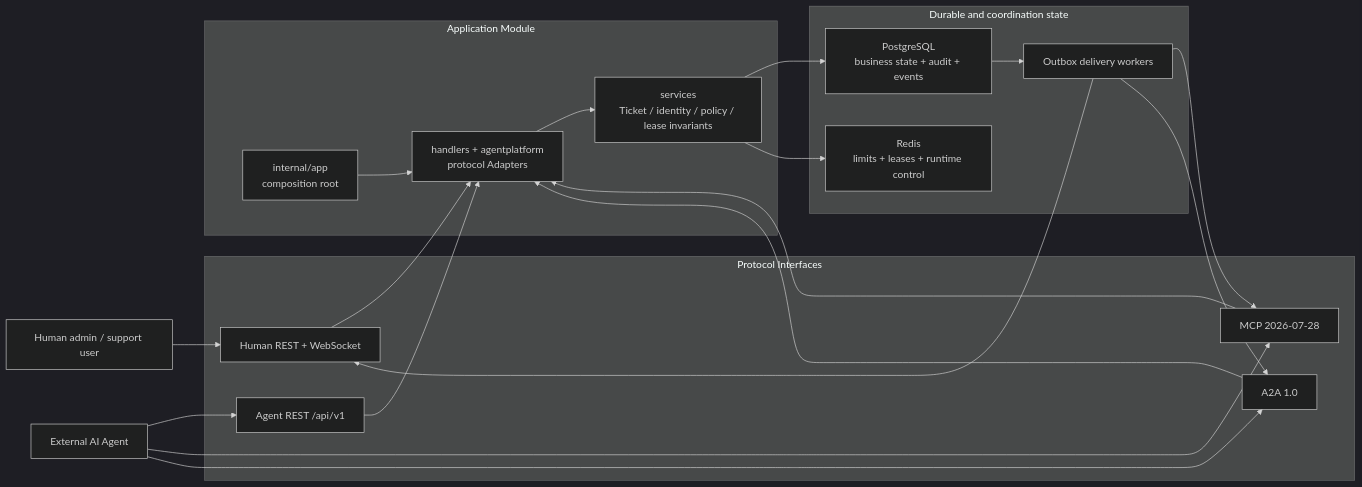
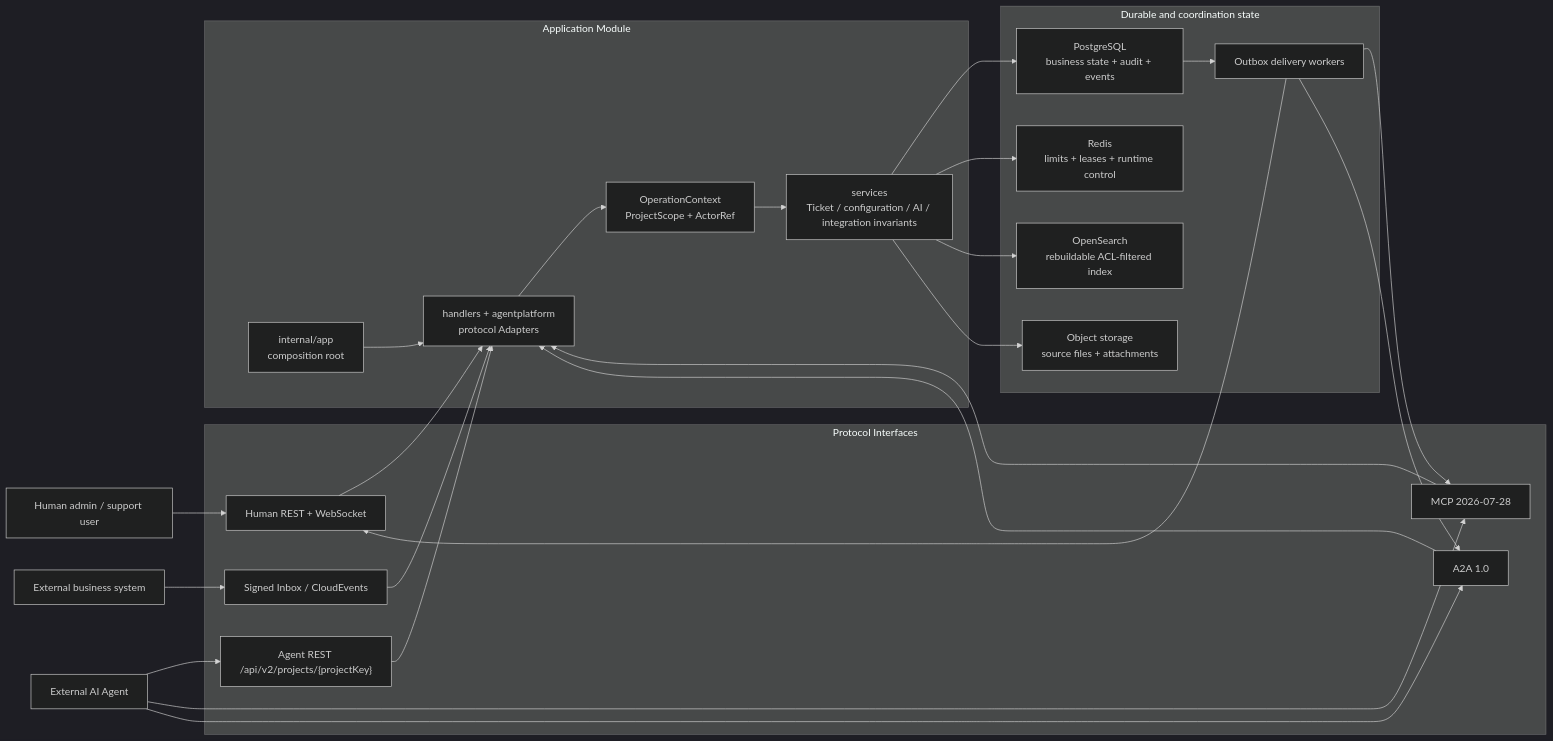
The diagram in ARCHITECTURE.md (seaworld008/chronodesk), drawn with Mermaid (dark theme) before and after one commit. The commit also changed other lines of this file and 360 other files, not shown here.

````diff
--- a/ARCHITECTURE.md
+++ b/ARCHITECTURE.md
@@ -11,41 +13,51 @@
 ```mermaid
 flowchart LR
     Human["Human admin / support user"]
     Agent["External AI Agent"]
+    System["External business system"]
 
     subgraph Interfaces["Protocol Interfaces"]
         HumanREST["Human REST + WebSocket"]
-        AgentREST["Agent REST /api/v1"]
+        AgentREST["Agent REST /api/v2/projects/{projectKey}"]
         MCP["MCP 2026-07-28"]
         A2A["A2A 1.0"]
+        Connector["Signed Inbox / CloudEvents"]
     end
 
     subgraph App["Application Module"]
         Composition["internal/app\ncomposition root"]
         Adapters["handlers + agentplatform\nprotocol Adapters"]
-        Domain["services\nTicket / identity / policy / lease invariants"]
+        Scope["OperationContext\nProjectScope + ActorRef"]
+        Domain["services\nTicket / configuration / AI / integration invariants"]
     end
 
     subgraph State["Durable and coordination state"]
         PG["PostgreSQL\nbusiness state + audit + events"]
         Redis["Redis\nlimits + leases + runtime control"]
+        Search["OpenSearch\nrebuildable ACL-filtered index"]
+        Objects["Object storage\nsource files + attachments"]
         Outbox["Outbox delivery workers"]
     end
 
     Human --> HumanREST
     Agent --> AgentREST
     Agent --> MCP
     Agent --> A2A
+    System --> Connector
     HumanREST --> Adapters
     AgentREST --> Adapters
     MCP --> Adapters
     A2A --> Adapters
+    Connector --> Adapters
     Composition --> Adapters
-    Adapters --> Domain
+    Adapters --> Scope
+    Scope --> Domain
     Domain --> PG
     Domain --> Redis
+    Domain --> Search
+    Domain --> Objects
     PG --> Outbox
     Outbox --> HumanREST
     Outbox --> MCP
     Outbox --> A2A
 ```
````
